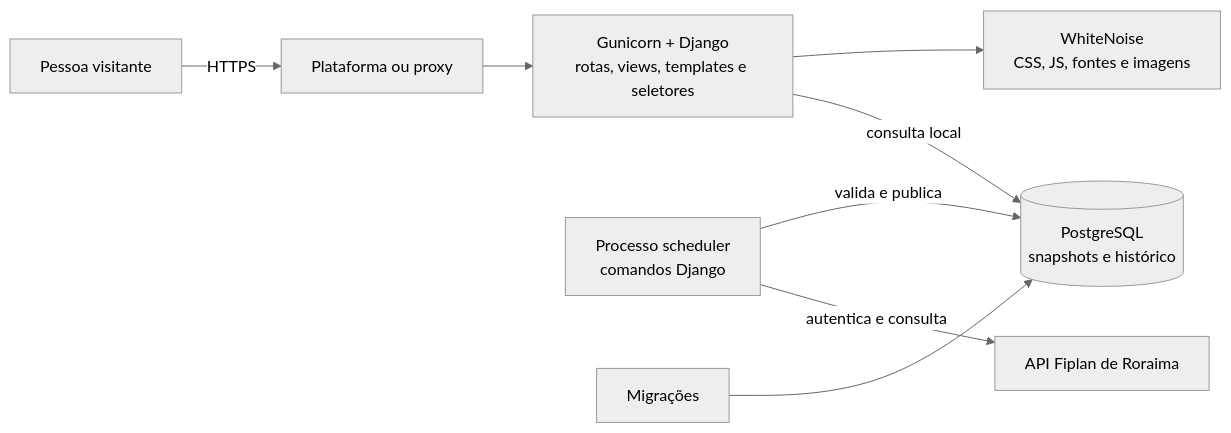
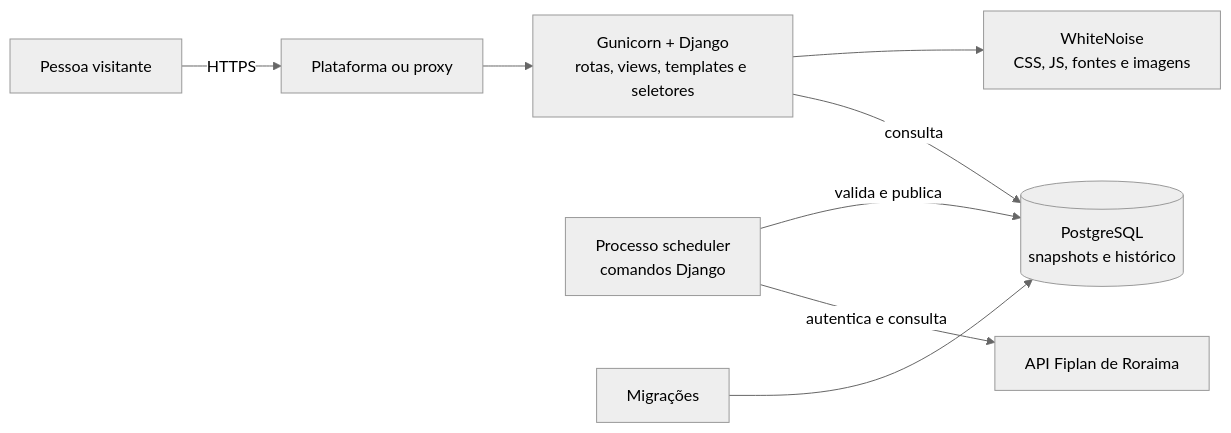
One commit to RuanDEV0/InspectGovRR changed the diagram in README.md. Above: the diagram before and after it, drawn with Mermaid (neutral theme). The commit also changed other lines of this file and 9 other files, not shown here.

````diff
--- a/README.md
+++ b/README.md
@@ -27,10 +27,10 @@
 ```mermaid
 flowchart LR
     C[Pessoa visitante] -->|HTTPS| P[Plataforma ou proxy]
     P --> W[Gunicorn + Django<br/>rotas, views, templates e seletores]
-    W -->|consulta local| DB[(PostgreSQL<br/>snapshots e histórico)]
+    W -->|consulta| DB[(PostgreSQL<br/>snapshots e histórico)]
     W --> S[WhiteNoise<br/>CSS, JS, fontes e imagens]
     A[Processo scheduler<br/>comandos Django] -->|autentica e consulta| F[API Fiplan de Roraima]
     A -->|valida e publica| DB
     M[Migrações] --> DB
 ```
````
